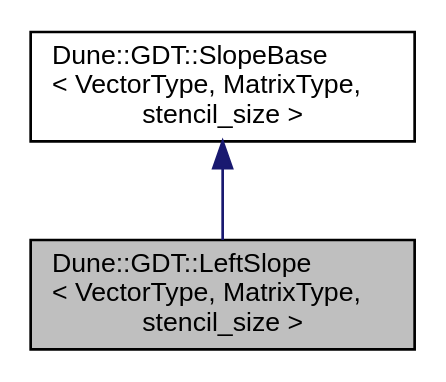
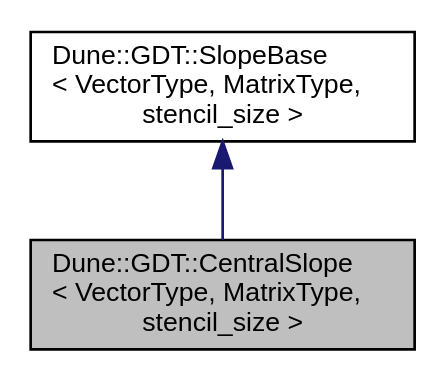
One commit to dune-community/dune-community.github.io changed the diagram in docs/dune-gdt/''/a02063.dot. Above: the diagram before and after it, drawn with Graphviz. The commit also changed 2519 other files, not shown here.

Commit message:
Updated documentation for dune-gdt ''

```diff
--- a/docs/dune-gdt/''/a02063.dot
+++ b/docs/dune-gdt/''/a02063.dot
@@ -1,8 +1,8 @@
-digraph "Dune::GDT::LeftSlope&lt; VectorType, MatrixType, stencil_size &gt;"
+digraph "Dune::GDT::CentralSlope&lt; VectorType, MatrixType, stencil_size &gt;"
 {
   edge [fontname="Helvetica",fontsize="10",labelfontname="Helvetica",labelfontsize="10"];
   node [fontname="Helvetica",fontsize="10",shape=record];
-  Node0 [label="Dune::GDT::LeftSlope\l\< VectorType, MatrixType,\l stencil_size \>",height=0.2,width=0.4,color="black", fillcolor="grey75", style="filled", fontcolor="black"];
+  Node0 [label="Dune::GDT::CentralSlope\l\< VectorType, MatrixType,\l stencil_size \>",height=0.2,width=0.4,color="black", fillcolor="grey75", style="filled", fontcolor="black"];
   Node1 -> Node0 [dir="back",color="midnightblue",fontsize="10",style="solid",fontname="Helvetica"];
-  Node1 [label="Dune::GDT::SlopeBase\l\< VectorType, MatrixType,\l stencil_size \>",height=0.2,width=0.4,color="black", fillcolor="white", style="filled",URL="$a02056.html"];
+  Node1 [label="Dune::GDT::SlopeBase\l\< VectorType, MatrixType,\l stencil_size \>",height=0.2,width=0.4,color="black", fillcolor="white", style="filled",URL="$a02060.html"];
 }
```
